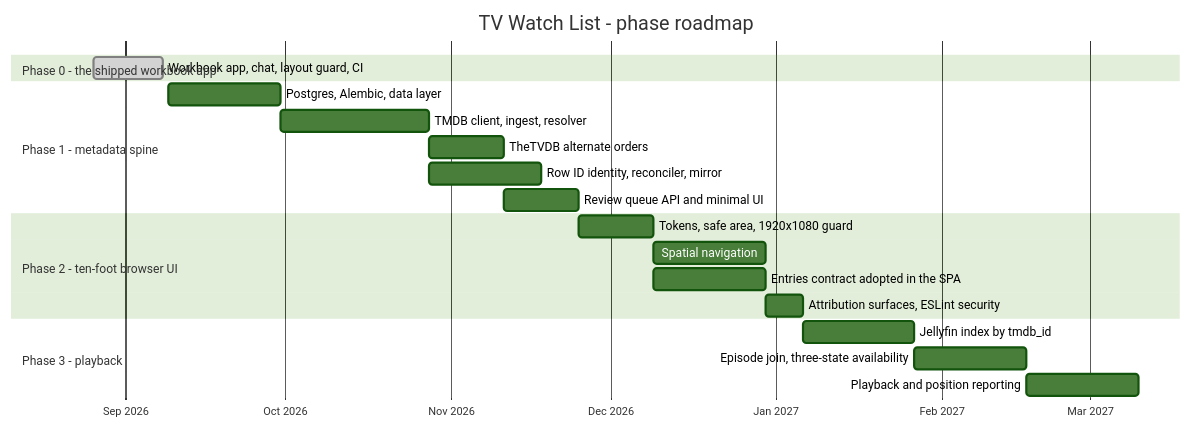
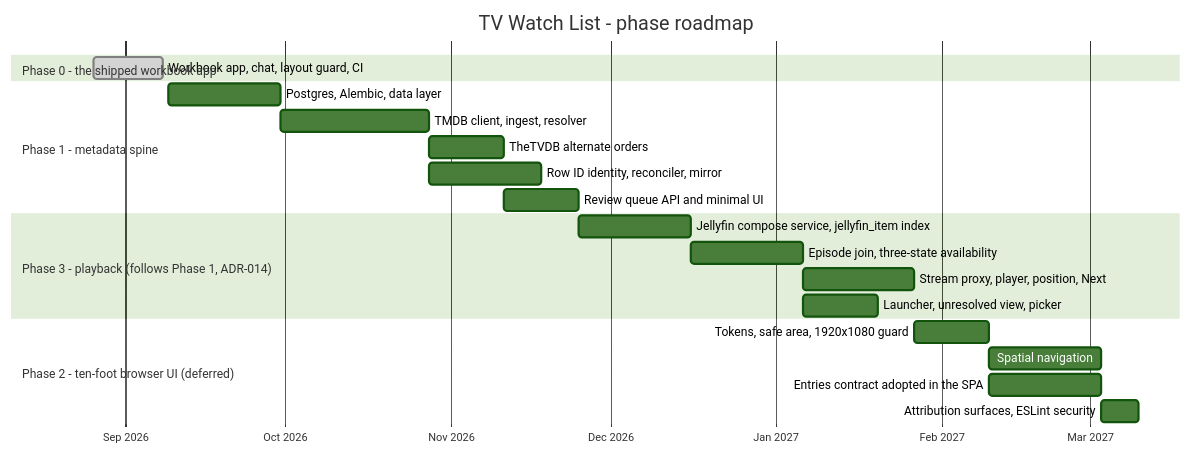
The third of 11 diagrams in docs/TV_MASTER_PLAN.md (amrambouskila/watch-list), drawn with Mermaid (forest theme) before and after one commit. The commit also changed other lines of this file and 564 other files, not shown here.

````diff
--- a/docs/TV_MASTER_PLAN.md
+++ b/docs/TV_MASTER_PLAN.md
@@ -237,23 +241,24 @@
 ```mermaid
 gantt
     title TV Watch List - phase roadmap
     dateFormat YYYY-MM-DD
     axisFormat %b %Y
     section Phase 0 - the shipped workbook app
     Workbook app, chat, layout guard, CI   :done, p0, 2026-08-26, 2026-09-08
     section Phase 1 - metadata spine
     Postgres, Alembic, data layer          :p1a, 2026-09-09, 21d
     TMDB client, ingest, resolver          :p1b, after p1a, 28d
     TheTVDB alternate orders               :p1c, after p1b, 14d
     Row ID identity, reconciler, mirror    :p1d, after p1b, 21d
     Review queue API and minimal UI        :p1e, after p1c, 14d
-    section Phase 2 - ten-foot browser UI
-    Tokens, safe area, 1920x1080 guard     :p2a, after p1e, 14d
+    section Phase 3 - playback (follows Phase 1, ADR-014)
+    Jellyfin compose service, jellyfin_item index   :p3a, after p1e, 21d
+    Episode join, three-state availability :p3b, after p3a, 21d
+    Stream proxy, player, position, Next   :p3c, after p3b, 21d
+    Launcher, unresolved view, picker      :p3d, after p3b, 14d
+    section Phase 2 - ten-foot browser UI (deferred)
+    Tokens, safe area, 1920x1080 guard     :p2a, after p3c, 14d
     Spatial navigation                     :p2b, after p2a, 21d
     Entries contract adopted in the SPA    :p2c, after p2a, 21d
     Attribution surfaces, ESLint security  :p2d, after p2b, 7d
-    section Phase 3 - playback
-    Jellyfin index by tmdb_id              :p3a, after p2d, 21d
-    Episode join, three-state availability :p3b, after p3a, 21d
-    Playback and position reporting        :p3c, after p3b, 21d
 ```
````
